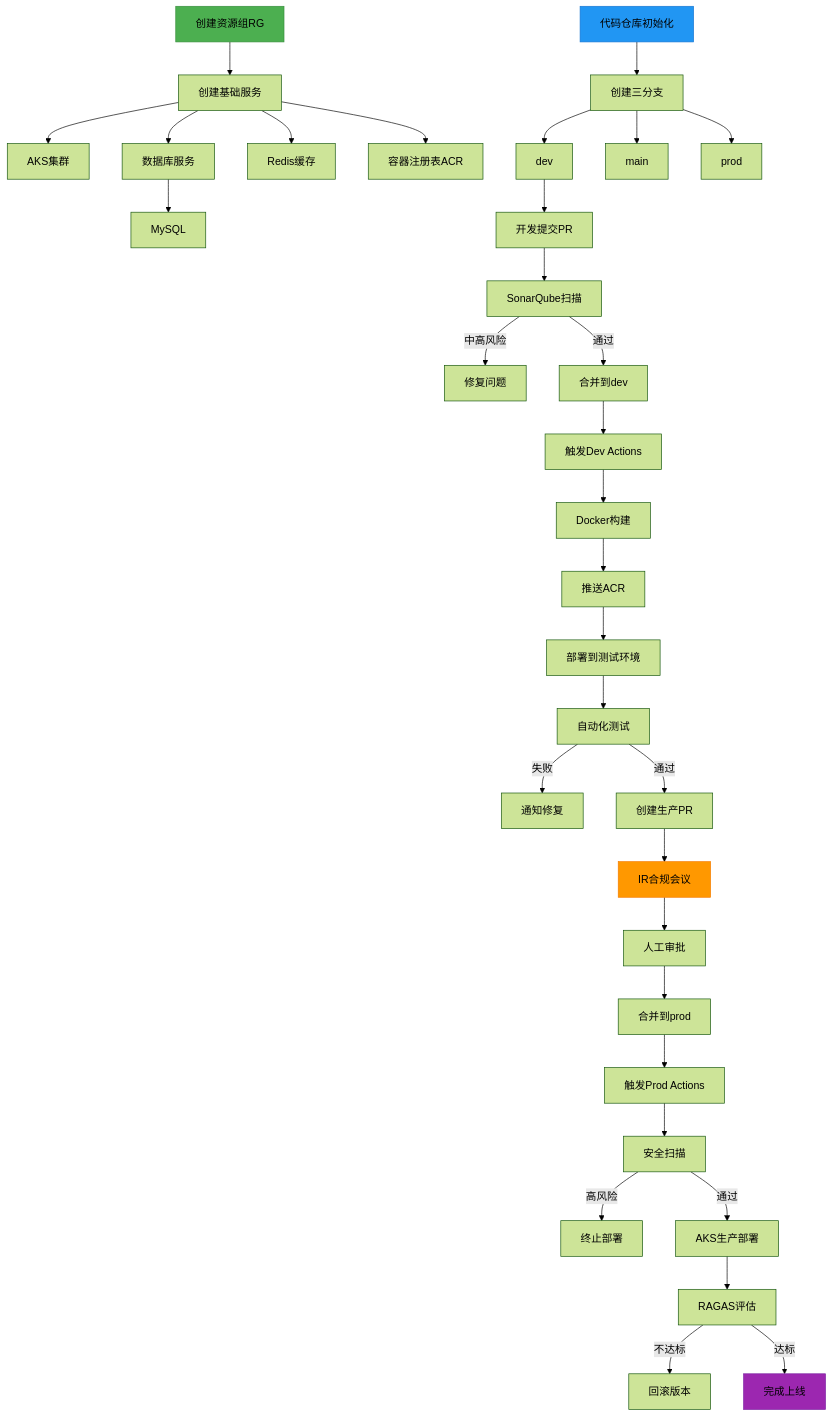
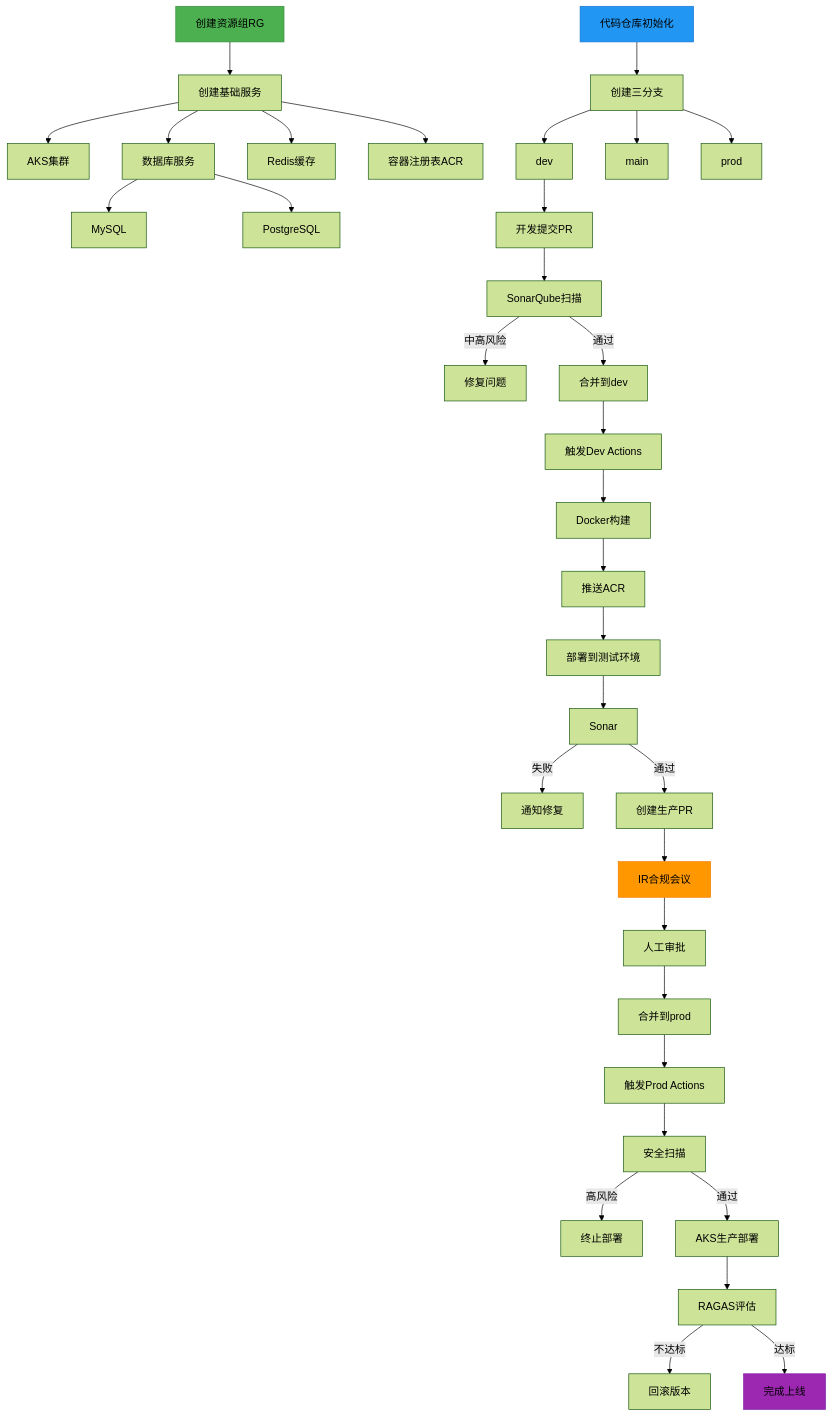
Before and after one commit to funnyData/iodraw-files: the diagram in all/未命名-1.md, drawn with Mermaid (forest theme).

Commit message:
2025-02-27 01:14:57 update

````diff
--- a/all/未命名-1.md
+++ b/all/未命名-1.md
@@ -1,47 +1,47 @@
 ```mermaid
 graph TD
     A[创建资源组RG] --> B[创建基础服务]
     B --> C[AKS集群]
     B --> D[数据库服务]
     D --> DA[MySQL]
-    D 
+    D --> DB[PostgreSQL]
     B --> E[Redis缓存]
     B --> F[容器注册表ACR]
     
     G[代码仓库初始化] --> H[创建三分支]
     H --> I[dev]
     H --> J[main]
     H --> K[prod]
     
     I --> L[开发提交PR]
     L --> M[SonarQube扫描]
     M -->|中高风险| N[修复问题]
     M -->|通过| O[合并到dev]
     
     O --> P[触发Dev Actions]
     P --> Q[Docker构建]
     Q --> R[推送ACR]
     R --> S[部署到测试环境]
     
-    S --> T[自动化测试]
+    S --> T[Sonar]
     T -->|失败| U[通知修复]
     T -->|通过| V[创建生产PR]
     
     V --> W[IR合规会议]
     W --> X[人工审批]
     X --> Y[合并到prod]
     
     Y --> Z[触发Prod Actions]
     Z --> AA[安全扫描]
     AA -->|高风险| AB[终止部署]
     AA -->|通过| AC[AKS生产部署]
     
     AC --> AD[RAGAS评估]
     AD -->|不达标| AE[回滚版本]
     AD -->|达标| AF[完成上线]
     
     style A fill:#4CAF50,stroke:#388E3C
     style G fill:#2196F3,stroke:#1976D2
     style W fill:#FF9800,stroke:#F57C00
     style AF fill:#9C27B0,stroke:#7B1FA2
 ```
````
